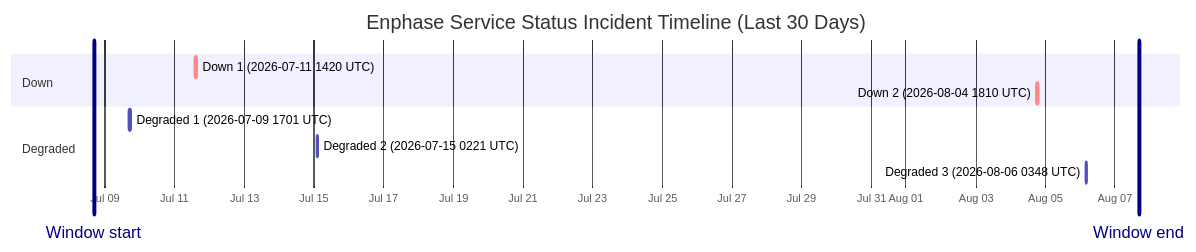
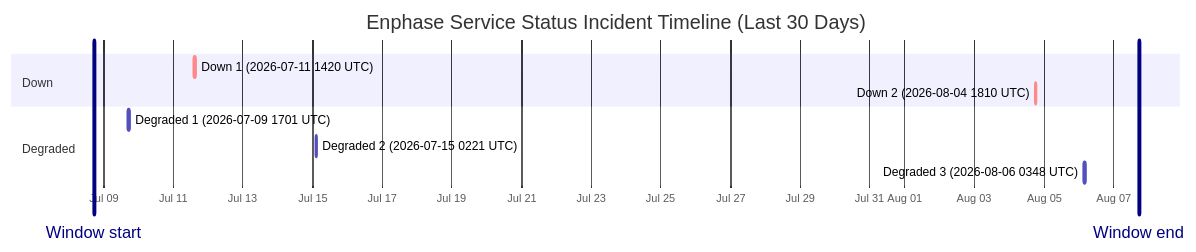
The diagram in wiki/Service-Status-History.md (barneyonline/ha-enphase-energy), drawn with Mermaid before and after one commit. The commit also changed other lines of this file and 3 other files, not shown here.

````diff
--- a/wiki/Service-Status-History.md
+++ b/wiki/Service-Status-History.md
@@ -14,15 +14,15 @@
 ```mermaid
 gantt
     title Enphase Service Status Incident Timeline (Last 30 Days)
     dateFormat  YYYY-MM-DDTHH:mm:ss
     axisFormat  %b %d
-    Window start :vert, window-start, 2026-07-08T16:23:28, 0ms
-    Window end :vert, window-end, 2026-08-07T16:23:28, 0ms
+    Window start :vert, window-start, 2026-07-08T17:22:37, 0ms
+    Window end :vert, window-end, 2026-08-07T17:22:37, 0ms
     section Down
     Down 1 (2026-07-11 1420 UTC) :crit, down-1, 2026-07-11T14:20:54, 69m
     Down 2 (2026-08-04 1810 UTC) :crit, down-2, 2026-08-04T18:10:46, 60m
     section Degraded
     Degraded 1 (2026-07-09 1701 UTC) :active, degraded-1, 2026-07-09T17:01:02, 60m
     Degraded 2 (2026-07-15 0221 UTC) :active, degraded-2, 2026-07-15T02:21:35, 60m
     Degraded 3 (2026-08-06 0348 UTC) :active, degraded-3, 2026-08-06T03:48:14, 60m
 ```
````
